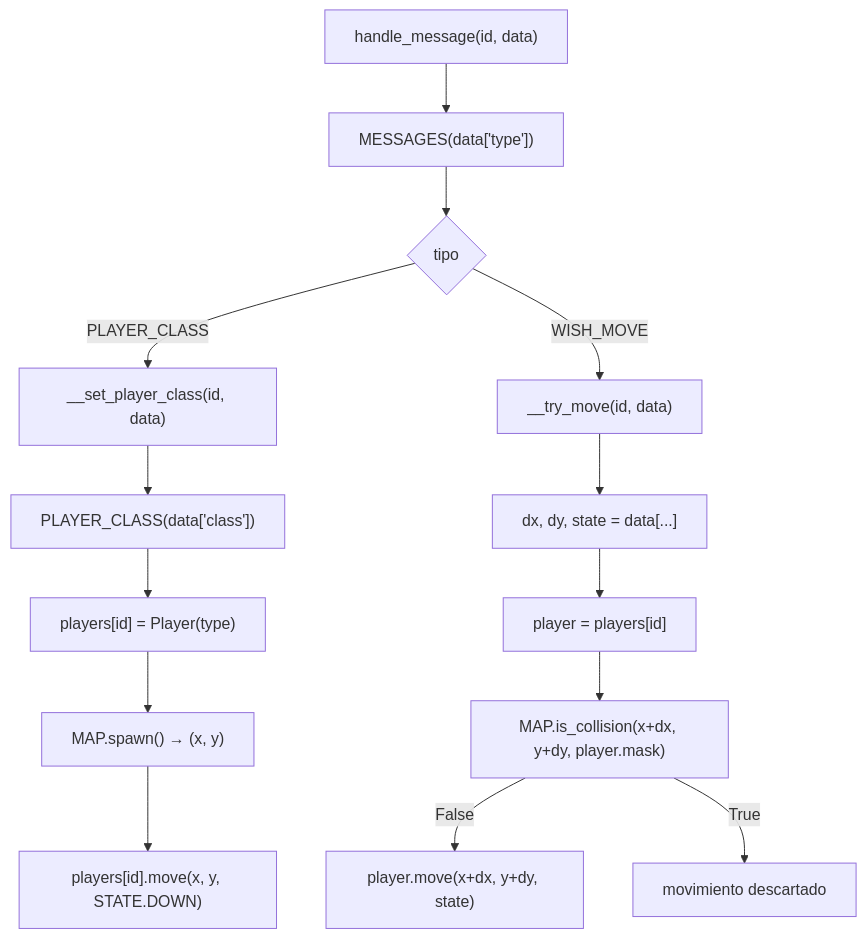
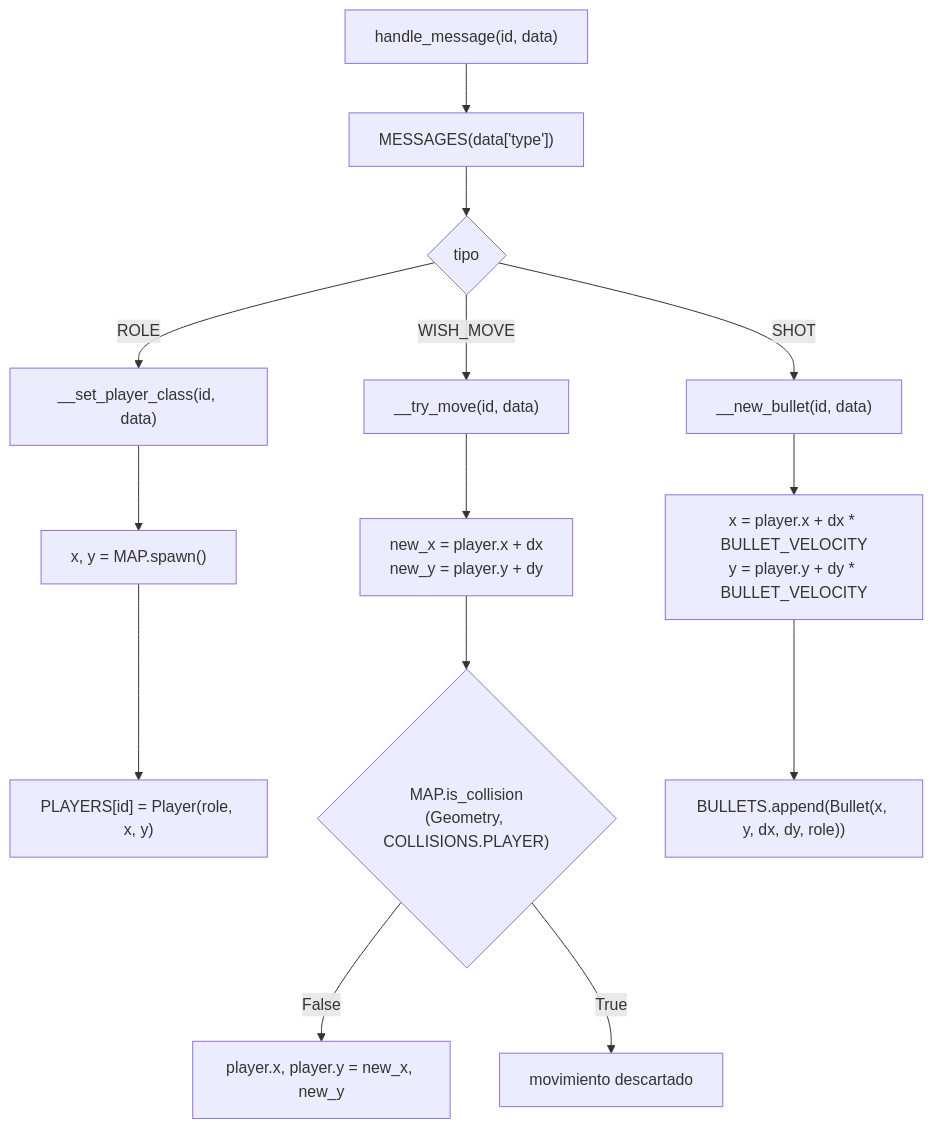
The fifth of 7 diagrams in docs/diagramas/server-client.md (Aouei/pygame_multi), drawn with Mermaid before and after one commit. The commit also changed other lines of this file and 2 other files, not shown here.

Commit message:
UPDATE doc diagrams

````diff
--- a/docs/diagramas/server-client.md
+++ b/docs/diagramas/server-client.md
@@ -102,18 +136,19 @@
 ```mermaid
 flowchart TD
     A["handle_message(id, data)"] --> B["MESSAGES(data['type'])"]
     B --> C{tipo}
-    C -->|PLAYER_CLASS| D["__set_player_class(id, data)"]
+
+    C -->|ROLE| D["__set_player_class(id, data)"]
+    D --> D1["x, y = MAP.spawn()"]
+    D1 --> D2["PLAYERS[id] = Player(role, x, y)"]
+
     C -->|WISH_MOVE| E["__try_move(id, data)"]
+    E --> E1["new_x = player.x + dx\nnew_y = player.y + dy"]
+    E1 --> E2{"MAP.is_collision\n(Geometry, COLLISIONS.PLAYER)"}
+    E2 -->|False| E3["player.x, player.y = new_x, new_y"]
+    E2 -->|True| E4["movimiento descartado"]
 
-    D --> D1["PLAYER_CLASS(data['class'])"]
-    D1 --> D2["players[id] = Player(type)"]
-    D2 --> D3["MAP.spawn() → (x, y)"]
-    D3 --> D4["players[id].move(x, y, STATE.DOWN)"]
-
-    E --> E1["dx, dy, state = data[...]"]
-    E1 --> E2["player = players[id]"]
-    E2 --> E3["MAP.is_collision(x+dx, y+dy, player.mask)"]
-    E3 -->|False| E4["player.move(x+dx, y+dy, state)"]
-    E3 -->|True| E5["movimiento descartado"]
+    C -->|SHOT| F["__new_bullet(id, data)"]
+    F --> F1["x = player.x + dx * BULLET_VELOCITY\ny = player.y + dy * BULLET_VELOCITY"]
+    F1 --> F2["BULLETS.append(Bullet(x, y, dx, dy, role))"]
 ```
````
